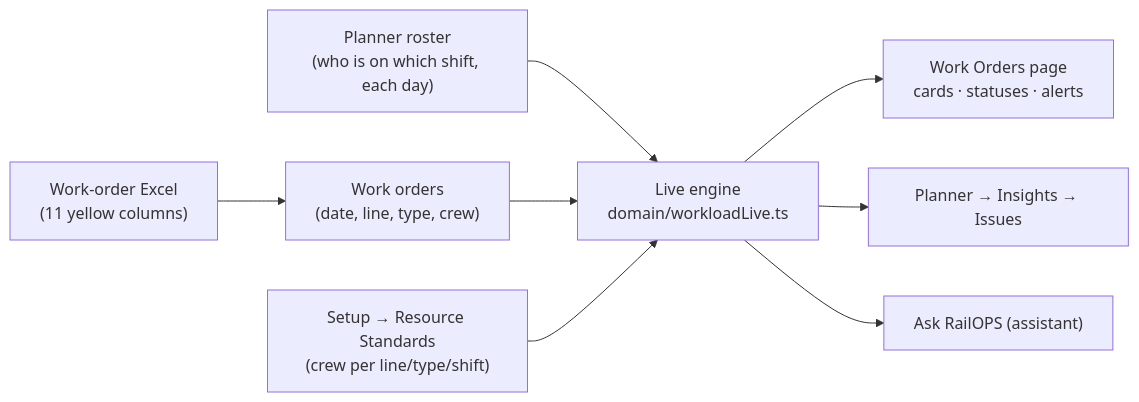
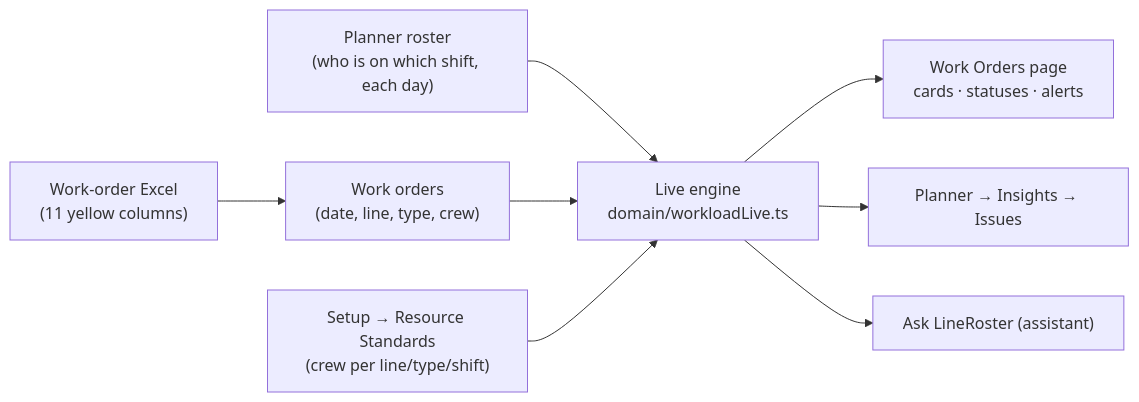
Before and after one commit to furqankazim-creator/LineRoster-: the diagram in WORK_ORDERS_SYSTEM_GUIDE.md, drawn with Mermaid. The commit also changed other lines of this file and 44 other files, not shown here.

Commit message:
Demo British names, dev-db mongod fallback, RailOPS rename

````diff
--- a/WORK_ORDERS_SYSTEM_GUIDE.md
+++ b/WORK_ORDERS_SYSTEM_GUIDE.md
@@ -9,10 +9,10 @@
 ```mermaid
 flowchart LR
   X["Work-order Excel<br/>(11 yellow columns)"] --> W["Work orders<br/>(date, line, type, crew)"]
   P["Planner roster<br/>(who is on which shift, each day)"] --> E["Live engine<br/>domain/workloadLive.ts"]
   W --> E
   S["Setup → Resource Standards<br/>(crew per line/type/shift)"] --> E
   E --> C["Work Orders page<br/>cards · statuses · alerts"]
   E --> I["Planner → Insights → Issues"]
-  E --> A["Ask RailOPS (assistant)"]
+  E --> A["Ask LineRoster (assistant)"]
 ```
````
